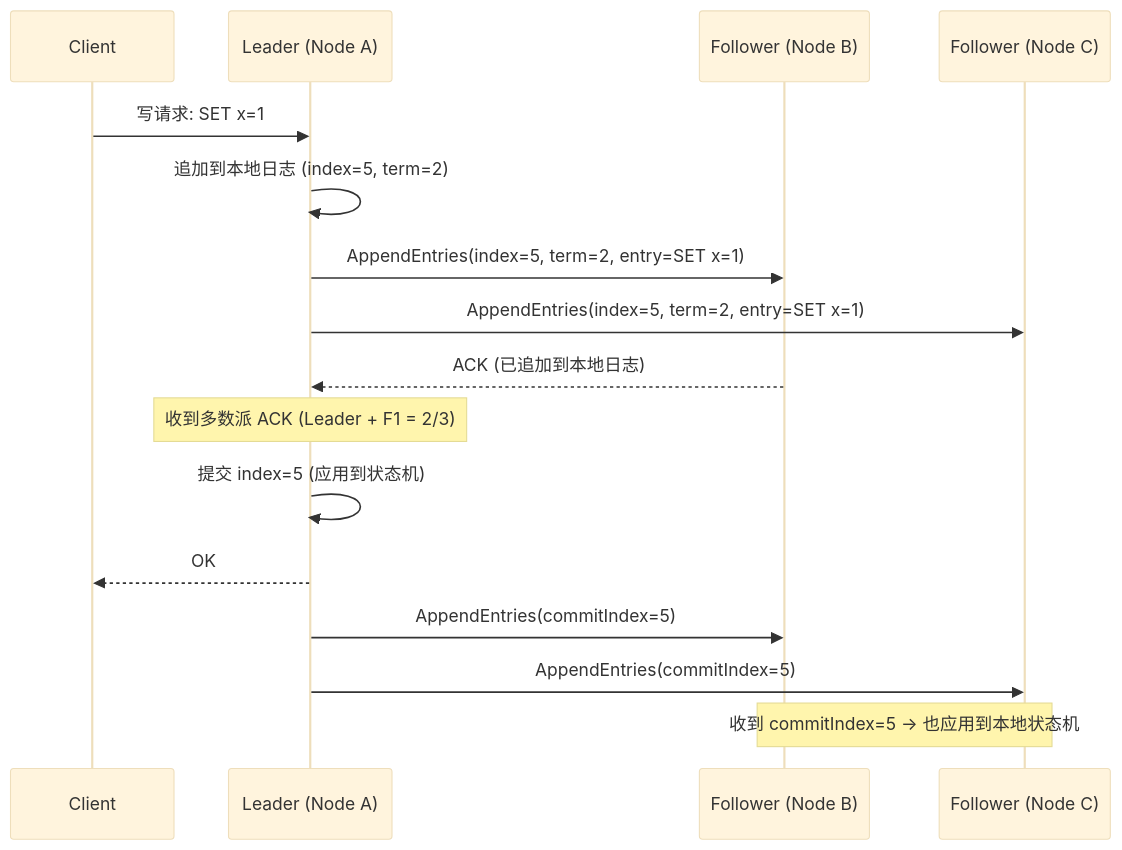
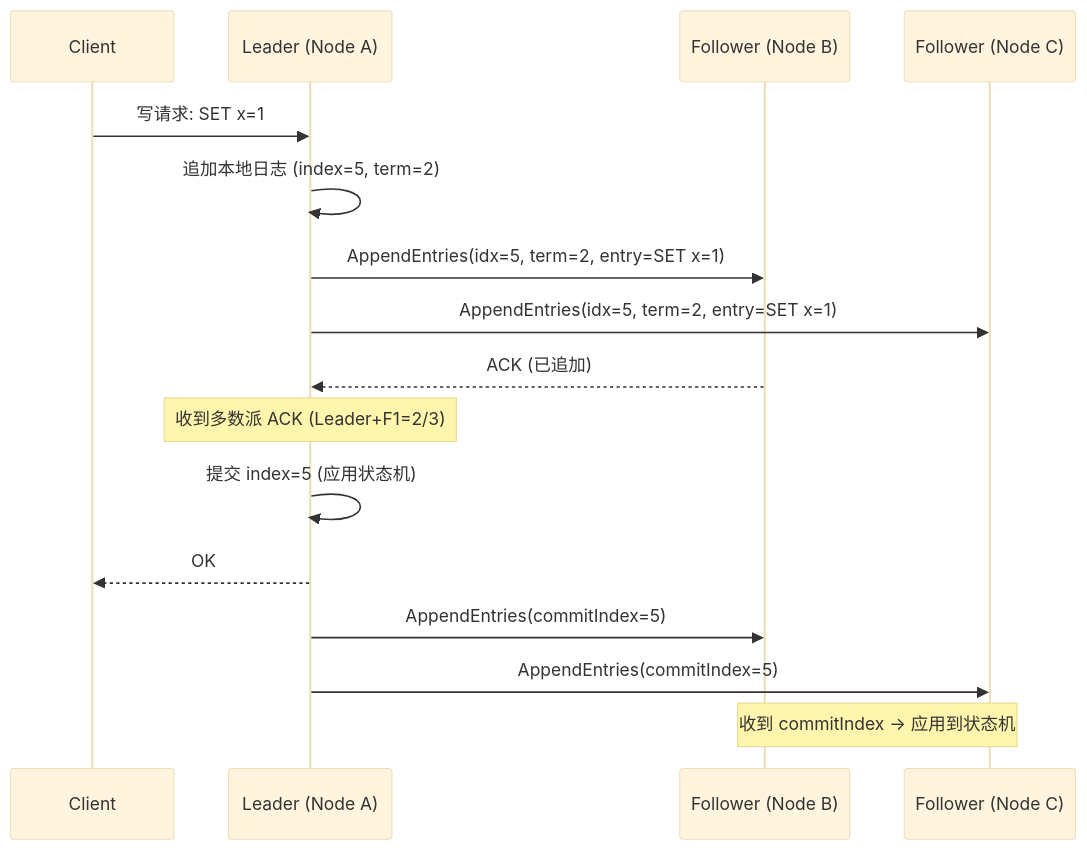
Diagram 16 of 37 in ch10-一致性与共识.md (socoo123/ddia_2nd), drawn with Mermaid (base theme) before and after one commit. The commit also changed other lines of this file and 5 other files, not shown here.

````diff
--- a/ch10-一致性与共识.md
+++ b/ch10-一致性与共识.md
@@ -379,19 +673,19 @@
 ```mermaid
 sequenceDiagram
     participant Client
     participant Leader as Leader (Node A)
     participant F1 as Follower (Node B)
     participant F2 as Follower (Node C)
 
     Client->>Leader: 写请求: SET x=1
-    Leader->>Leader: 追加到本地日志 (index=5, term=2)
-    Leader->>F1: AppendEntries(index=5, term=2, entry=SET x=1)
-    Leader->>F2: AppendEntries(index=5, term=2, entry=SET x=1)
-    F1-->>Leader: ACK (已追加到本地日志)
-    Note over Leader: 收到多数派 ACK (Leader + F1 = 2/3)
-    Leader->>Leader: 提交 index=5 (应用到状态机)
+    Leader->>Leader: 追加本地日志 (index=5, term=2)
+    Leader->>F1: AppendEntries(idx=5, term=2, entry=SET x=1)
+    Leader->>F2: AppendEntries(idx=5, term=2, entry=SET x=1)
+    F1-->>Leader: ACK (已追加)
+    Note over Leader: 收到多数派 ACK (Leader+F1=2/3)
+    Leader->>Leader: 提交 index=5 (应用状态机)
     Leader-->>Client: OK
     Leader->>F1: AppendEntries(commitIndex=5)
     Leader->>F2: AppendEntries(commitIndex=5)
-    Note over F1,F2: 收到 commitIndex=5 → 也应用到本地状态机
+    Note over F1,F2: 收到 commitIndex → 应用到状态机
 ```
````
